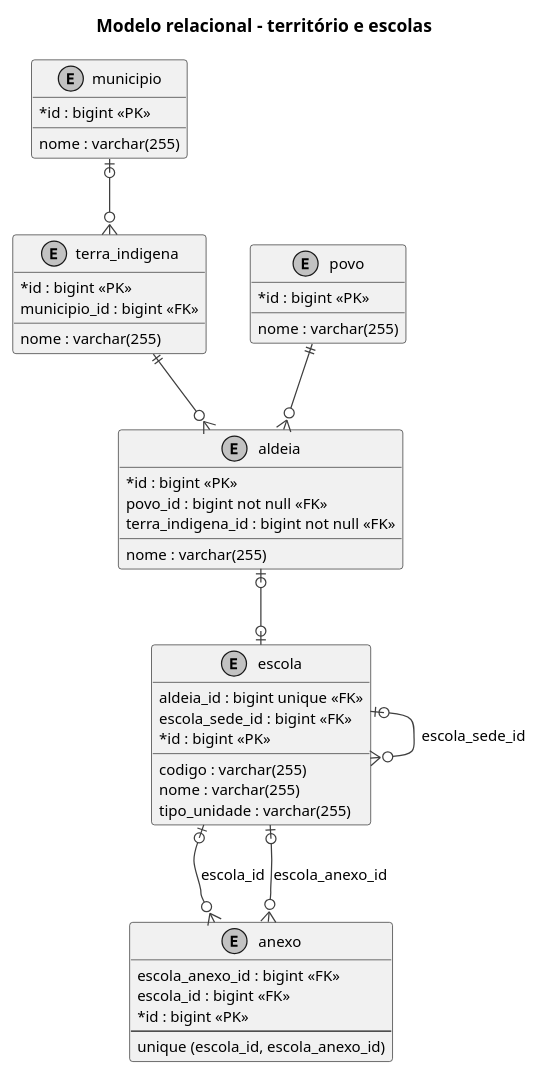
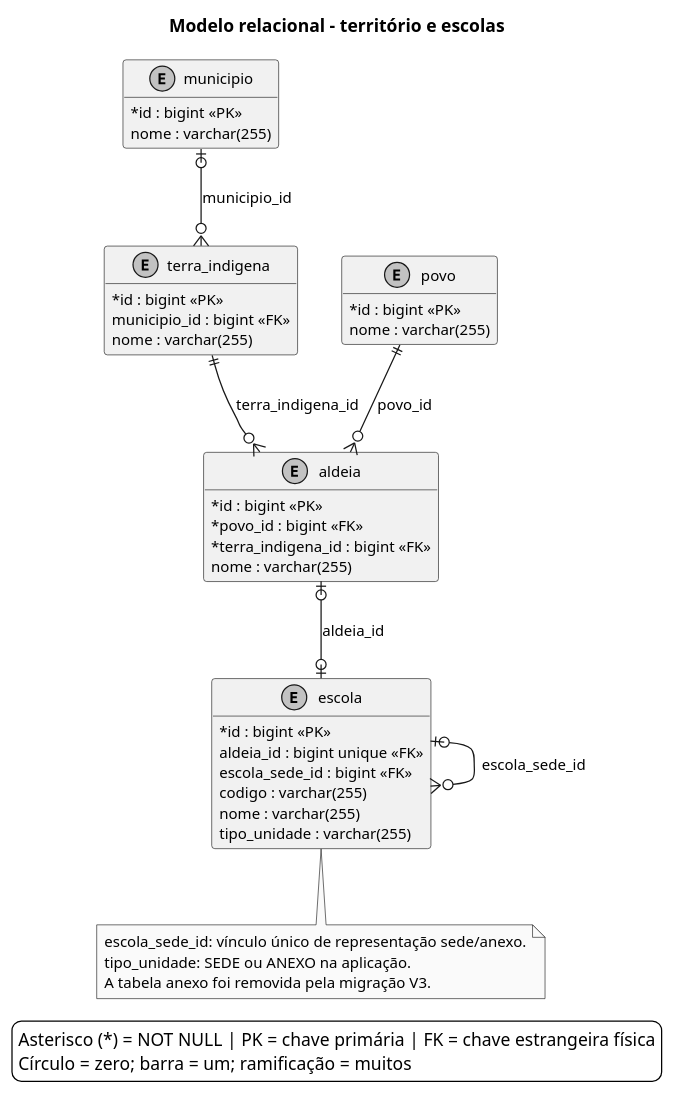
Before and after one commit to euzebio-chokolate/SIGEI: the diagram in Monografia___Latex/diagramas/08-er-territorio.md, drawn with PlantUML. The commit also changed other lines of this file and 6 other files, not shown here.

Commit message:
docs: atualiza diagramas ER e inclui auditoria Envers

````diff
--- a/Monografia___Latex/diagramas/08-er-territorio.md
+++ b/Monografia___Latex/diagramas/08-er-territorio.md
@@ -5,54 +7,53 @@
 ```plantuml
 @startuml 08_er_territorio
 title Modelo relacional - território e escolas
 skinparam backgroundColor white
 skinparam shadowing false
 skinparam defaultFontName Arial
 skinparam defaultFontSize 12
-skinparam ArrowColor #334155
-skinparam packageStyle rectangle
 skinparam classAttributeIconSize 0
 skinparam monochrome true
+hide methods
 entity municipio {
-  * id : bigint <<PK>>
-  nome : varchar(255)
+  {field} * id : bigint <<PK>>
+  {field} nome : varchar(255)
 }
 entity terra_indigena {
-  * id : bigint <<PK>>
-  municipio_id : bigint <<FK>>
-  nome : varchar(255)
+  {field} * id : bigint <<PK>>
+  {field} municipio_id : bigint <<FK>>
+  {field} nome : varchar(255)
 }
 entity povo {
-  * id : bigint <<PK>>
-  nome : varchar(255)
+  {field} * id : bigint <<PK>>
+  {field} nome : varchar(255)
 }
 entity aldeia {
-  * id : bigint <<PK>>
-  povo_id : bigint not null <<FK>>
-  terra_indigena_id : bigint not null <<FK>>
-  nome : varchar(255)
+  {field} * id : bigint <<PK>>
+  {field} * povo_id : bigint <<FK>>
+  {field} * terra_indigena_id : bigint <<FK>>
+  {field} nome : varchar(255)
 }
 entity escola {
-  aldeia_id : bigint unique <<FK>>
-  escola_sede_id : bigint <<FK>>
-  * id : bigint <<PK>>
-  codigo : varchar(255)
-  nome : varchar(255)
-  tipo_unidade : varchar(255)
+  {field} * id : bigint <<PK>>
+  {field} aldeia_id : bigint unique <<FK>>
+  {field} escola_sede_id : bigint <<FK>>
+  {field} codigo : varchar(255)
+  {field} nome : varchar(255)
+  {field} tipo_unidade : varchar(255)
 }
-entity anexo {
-  escola_anexo_id : bigint <<FK>>
-  escola_id : bigint <<FK>>
-  * id : bigint <<PK>>
-  --
-  unique (escola_id, escola_anexo_id)
-}
-municipio |o--o{ terra_indigena
-terra_indigena ||--o{ aldeia
-povo ||--o{ aldeia
-aldeia |o--o| escola
+municipio |o--o{ terra_indigena : municipio_id
+povo ||--o{ aldeia : povo_id
+terra_indigena ||--o{ aldeia : terra_indigena_id
+aldeia |o--o| escola : aldeia_id
 escola |o--o{ escola : escola_sede_id
-escola |o--o{ anexo : escola_id
-escola |o--o{ anexo : escola_anexo_id
+note bottom of escola
+  escola_sede_id: vínculo único de representação sede/anexo.
+  tipo_unidade: SEDE ou ANEXO na aplicação.
+  A tabela anexo foi removida pela migração V3.
+end note
+legend bottom
+  Asterisco (*) = NOT NULL | PK = chave primária | FK = chave estrangeira física
+  Círculo = zero; barra = um; ramificação = muitos
+endlegend
 @enduml
 ```
````
